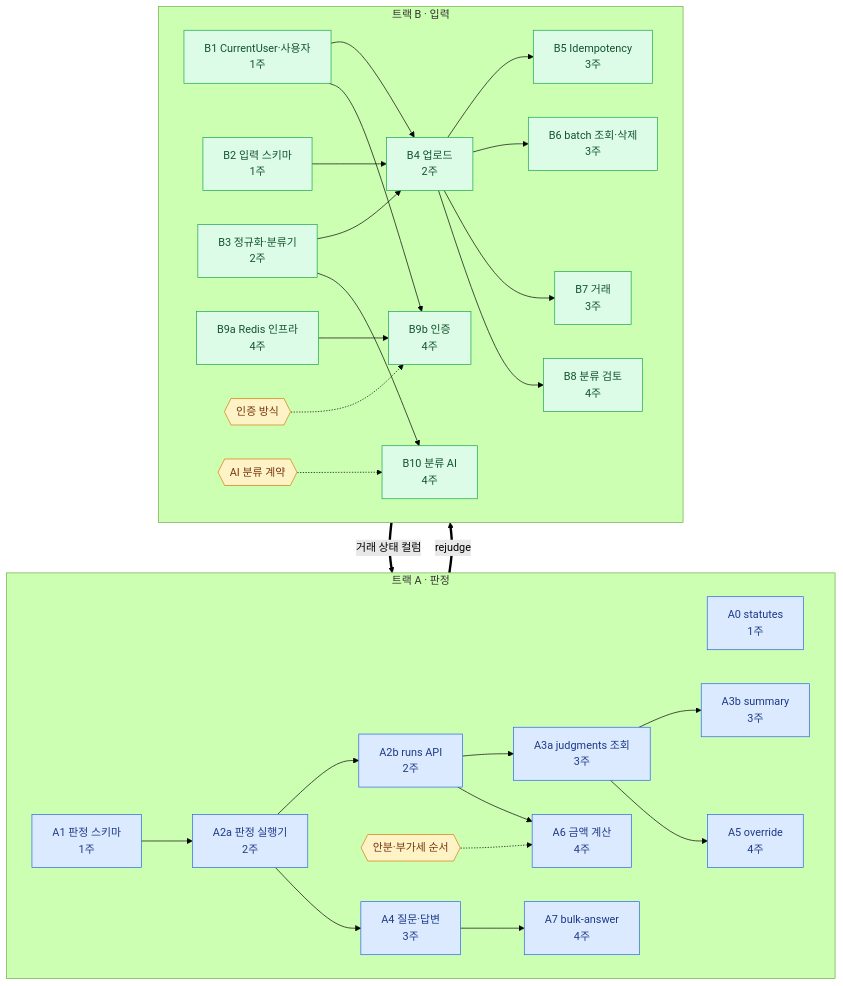
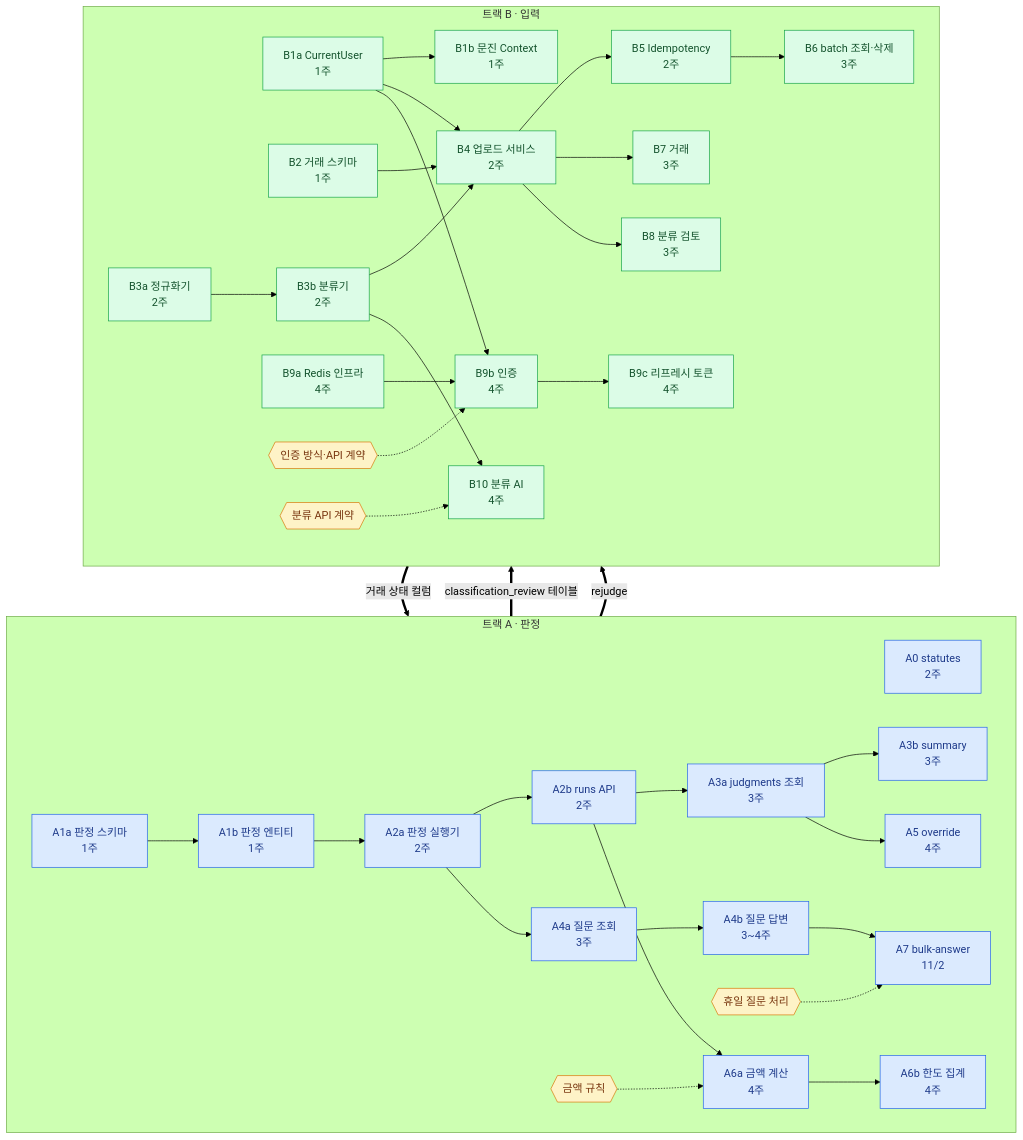
The second of 3 diagrams in docs/backend_api_plan.md (RainDrop3/ktc4-pusan-4), drawn with Mermaid (forest theme) before and after one commit. The commit also changed other lines of this file, not shown here.

````diff
--- a/docs/backend_api_plan.md
+++ b/docs/backend_api_plan.md
@@ -69,42 +77,50 @@
 ```mermaid
 flowchart TB
     subgraph TA["트랙 A · 판정"]
         direction LR
-        A0["A0 statutes<br/>1주"]
-        A1["A1 판정 스키마<br/>1주"] --> A2a["A2a 판정 실행기<br/>2주"]
+        A0["A0 statutes<br/>2주"]
+        A1a["A1a 판정 스키마<br/>1주"] --> A1b["A1b 판정 엔티티<br/>1주"]
+        A1b --> A2a["A2a 판정 실행기<br/>2주"]
         A2a --> A2b["A2b runs API<br/>2주"]
         A2b --> A3a["A3a judgments 조회<br/>3주"]
         A3a --> A3b["A3b summary<br/>3주"]
         A3a --> A5["A5 override<br/>4주"]
-        A2b --> A6["A6 금액 계산<br/>4주"]
-        A2a --> A4["A4 질문·답변<br/>3주"]
-        A4 --> A7["A7 bulk-answer<br/>4주"]
-        D2{{"안분·부가세 순서"}} -.-> A6
+        A2a --> A4a["A4a 질문 조회<br/>3주"]
+        A4a --> A4b["A4b 질문 답변<br/>3~4주"]
+        A4b --> A7["A7 bulk-answer<br/>11/2"]
+        A2b --> A6a["A6a 금액 계산<br/>4주"]
+        A6a --> A6b["A6b 한도 집계<br/>4주"]
+        D2{{"금액 규칙"}} -.-> A6a
+        D4{{"휴일 질문 처리"}} -.-> A7
     end
 
     subgraph TB["트랙 B · 입력"]
         direction LR
-        B1["B1 CurrentUser·사용자<br/>1주"] --> B4["B4 업로드<br/>2주"]
-        B2["B2 입력 스키마<br/>1주"] --> B4
-        B3["B3 정규화·분류기<br/>2주"] --> B4
-        B4 --> B5["B5 Idempotency<br/>3주"]
-        B4 --> B6["B6 batch 조회·삭제<br/>3주"]
+        B1a["B1a CurrentUser<br/>1주"] --> B1b["B1b 문진 Context<br/>1주"]
+        B2["B2 거래 스키마<br/>1주"] --> B4["B4 업로드 서비스<br/>2주"]
+        B1a --> B4
+        B3a["B3a 정규화기<br/>2주"] --> B3b["B3b 분류기<br/>2주"]
+        B3b --> B4
+        B4 --> B5["B5 Idempotency<br/>2주"]
+        B5 --> B6["B6 batch 조회·삭제<br/>3주"]
         B4 --> B7["B7 거래<br/>3주"]
-        B4 --> B8["B8 분류 검토<br/>4주"]
+        B4 --> B8["B8 분류 검토<br/>3주"]
         B9a["B9a Redis 인프라<br/>4주"] --> B9b["B9b 인증<br/>4주"]
-        B1 --> B9b
-        B3 --> B10["B10 분류 AI<br/>4주"]
-        D1{{"인증 방식"}} -.-> B9b
-        D3{{"AI 분류 계약"}} -.-> B10
+        B1a --> B9b
+        B9b --> B9c["B9c 리프레시 토큰<br/>4주"]
+        B3b --> B10["B10 분류 AI<br/>4주"]
+        D1{{"인증 방식·API 계약"}} -.-> B9b
+        D3{{"분류 API 계약"}} -.-> B10
     end
 
+    A1a ==>|classification_review 테이블| B4
     B2 ==>|거래 상태 컬럼| A2a
     A2a ==>|rejudge| B8
 
     classDef trackA fill:#dbeafe,stroke:#2563eb,color:#1e3a8a
     classDef trackB fill:#dcfce7,stroke:#16a34a,color:#14532d
     classDef decision fill:#fef3c7,stroke:#d97706,color:#78350f
-    class A0,A1,A2a,A2b,A3a,A3b,A4,A5,A6,A7 trackA
-    class B1,B2,B3,B4,B5,B6,B7,B8,B9a,B9b,B10 trackB
-    class D1,D2,D3 decision
+    class A0,A1a,A1b,A2a,A2b,A3a,A3b,A4a,A4b,A5,A6a,A6b,A7 trackA
+    class B1a,B1b,B2,B3a,B3b,B4,B5,B6,B7,B8,B9a,B9b,B9c,B10 trackB
+    class D1,D2,D3,D4 decision
 ```
````
